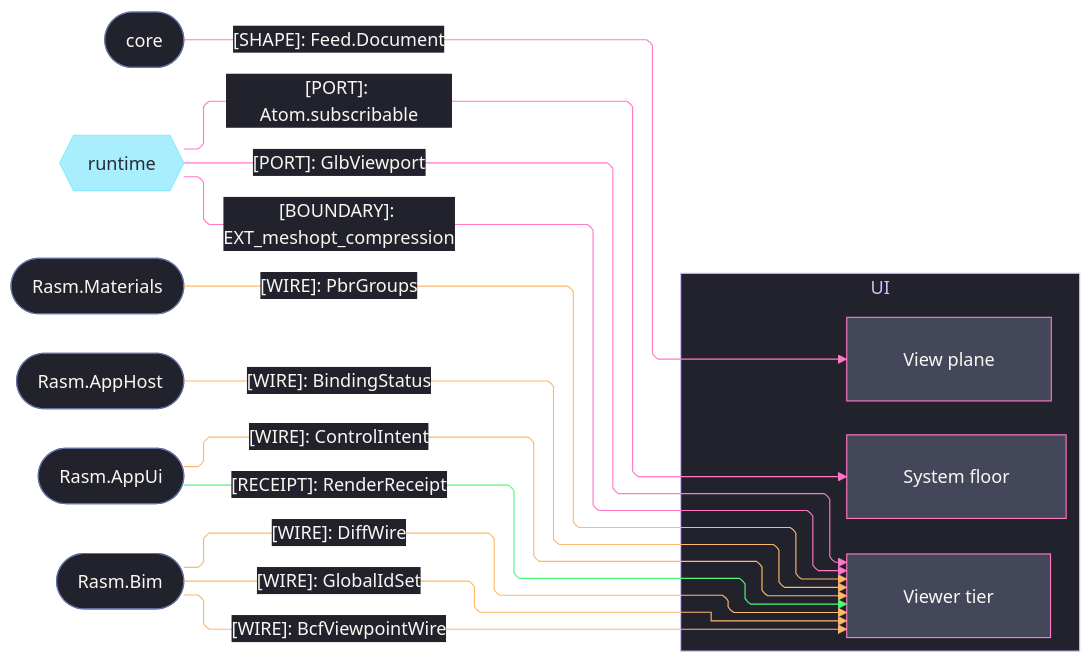
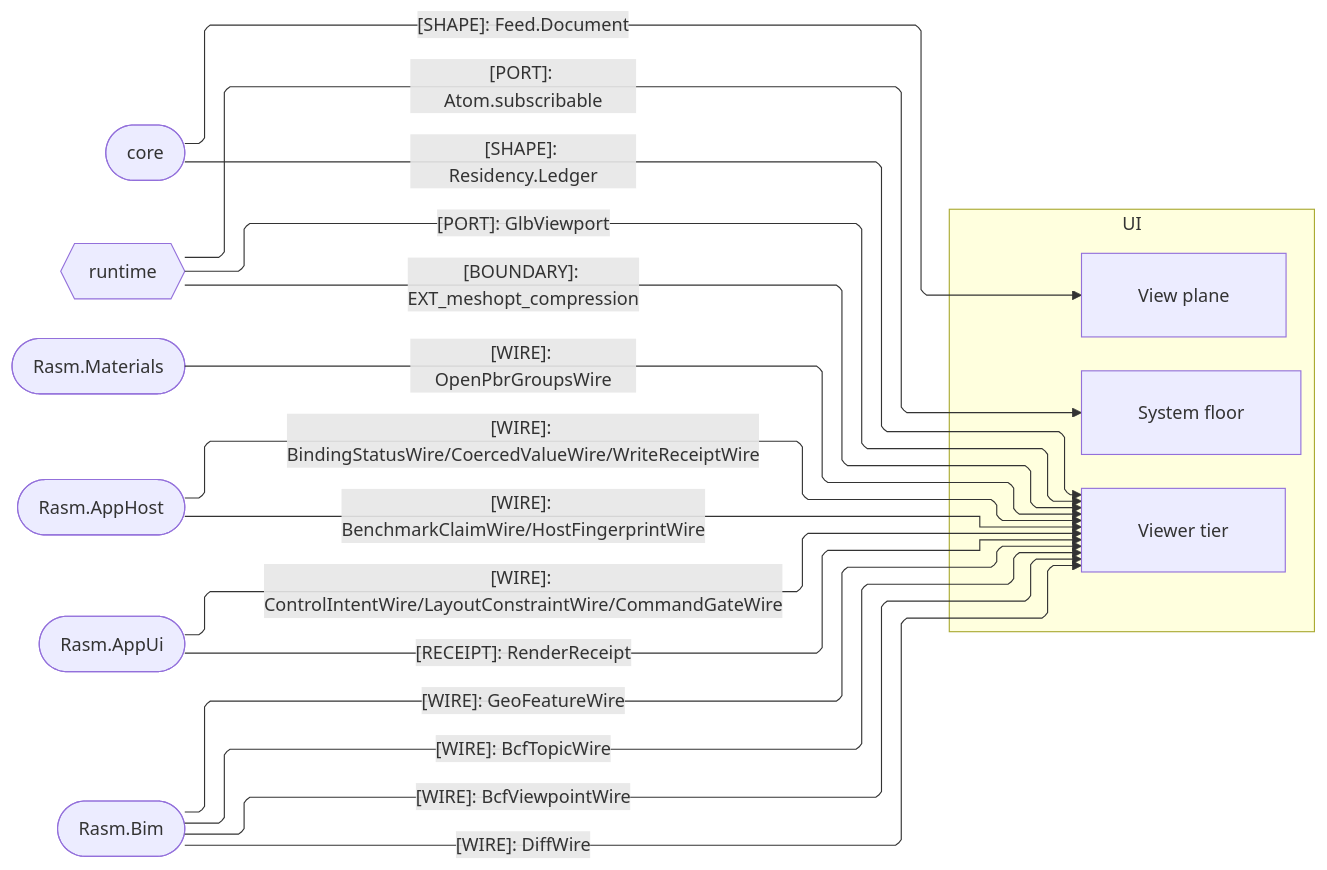
The second of 2 diagrams in libs/typescript/ui/ARCHITECTURE.md (bsamiee/Rasm), drawn with Mermaid before and after one commit. The commit also changed other lines of this file and 460 other files, not shown here.

````diff
--- a/libs/typescript/ui/ARCHITECTURE.md
+++ b/libs/typescript/ui/ARCHITECTURE.md
@@ -103,65 +76,37 @@
 ```mermaid
 ---
 config:
-  theme: base
-  look: classic
   layout: elk
   flowchart:
     curve: linear
     padding: 25
-  themeVariables:
-    darkMode: true
-    fontFamily: "SF Mono, Menlo, Cascadia Mono, Segoe UI Mono, Consolas, monospace"
-    useGradient: false
-    dropShadow: "none"
-    background: "#282A36"
-    primaryColor: "#44475A"
-    primaryTextColor: "#F8F8F2"
-    primaryBorderColor: "#BD93F9"
-    lineColor: "#FF79C6"
-    textColor: "#F8F8F2"
-    clusterBkg: "#21222C"
-    clusterBorder: "#D6BCFA"
-    edgeLabelBackground: "#21222C"
-    labelBackgroundColor: "#21222C"
-    titleColor: "#D6BCFA"
-  themeCSS: ".nodeLabel{font-size:13px;font-weight:500}.edgeLabel{font-size:12px;font-weight:500}.cluster-label .nodeLabel{font-size:13.5px;font-weight:700;letter-spacing:.08em}.edge-thickness-normal{stroke-width:2px}.edge-thickness-thick{stroke-width:3px}.edge-pattern-dashed,.edge-pattern-dotted{stroke-width:1.5px;stroke-dasharray:4 6}.node rect,.node circle,.node polygon,.node path,.node .outer-path{stroke-width:1.5px;filter:none!important}.cluster rect{stroke-width:1px!important;stroke-dasharray:5 4!important;filter:none!important}.marker path{transform:scale(.8);transform-origin:5px 5px}.marker circle{transform:scale(.48);transform-origin:5px 5px}.edgeLabel rect{transform-box:fill-box;transform-origin:center;transform:scale(1.1,1.2)}"
 ---
 flowchart LR
     accTitle: UI package seam registry
     accDescr: UI sub-domain owners exchanging value, wire, port, boundary, and receipt contracts with the core, runtime, Materials, AppHost, AppUi, and Bim packages, edge rails colored by kind and nodes classed by seam direction.
     subgraph ui[UI]
         System[System floor]
         View[View plane]
         Viewer[Viewer tier]
     end
     Core([core])
     Runtime{{runtime}}
     Materials([Rasm.Materials])
     AppHost([Rasm.AppHost])
     AppUi([Rasm.AppUi])
     Bim([Rasm.Bim])
     Core e1@-->|"[SHAPE]: Feed.Document"| View
+    Core e12@-->|"[SHAPE]: Residency.Ledger"| Viewer
     Runtime e2@-->|"[PORT]: Atom.subscribable"| System
     Runtime e3@-->|"[PORT]: GlbViewport"| Viewer
     Runtime e4@-->|"[BOUNDARY]: EXT_meshopt_compression"| Viewer
-    Materials e5@-->|"[WIRE]: PbrGroups"| Viewer
-    AppHost e6@-->|"[WIRE]: BindingStatus"| Viewer
-    AppUi e7@-->|"[WIRE]: ControlIntent"| Viewer
+    Materials e5@-->|"[WIRE]: OpenPbrGroupsWire"| Viewer
+    AppHost e6@-->|"[WIRE]: BindingStatusWire/CoercedValueWire/WriteReceiptWire"| Viewer
+    AppHost e13@-->|"[WIRE]: BenchmarkClaimWire/HostFingerprintWire"| Viewer
+    AppUi e7@-->|"[WIRE]: ControlIntentWire/LayoutConstraintWire/CommandGateWire"| Viewer
     AppUi e8@-->|"[RECEIPT]: RenderReceipt"| Viewer
-    Bim e9@-->|"[WIRE]: GlobalIdSet"| Viewer
+    Bim e9@-->|"[WIRE]: BcfTopicWire"| Viewer
     Bim e10@-->|"[WIRE]: BcfViewpointWire"| Viewer
     Bim e11@-->|"[WIRE]: DiffWire"| Viewer
-    classDef primary fill:#44475A,stroke:#FF79C6,color:#F8F8F2
-    classDef external fill:#8BE9FDBF,stroke:#8BE9FD,color:#282A36
-    classDef recessed fill:#21222C,stroke:#6272A4,color:#F8F8F2
-    classDef edgeData stroke:#FFB86C,color:#F8F8F2
-    classDef edgeSuccess stroke:#50FA7B,color:#F8F8F2
-    classDef edgeControl stroke:#FF79C6,color:#F8F8F2
-    class System,View,Viewer primary
-    class Runtime external
-    class Core,Materials,AppHost,AppUi,Bim recessed
-    class e1,e2,e3,e4 edgeControl
-    class e5,e6,e7,e9,e10,e11 edgeData
-    class e8 edgeSuccess
+    Bim e14@-->|"[WIRE]: GeoFeatureWire"| Viewer
 ```
````
